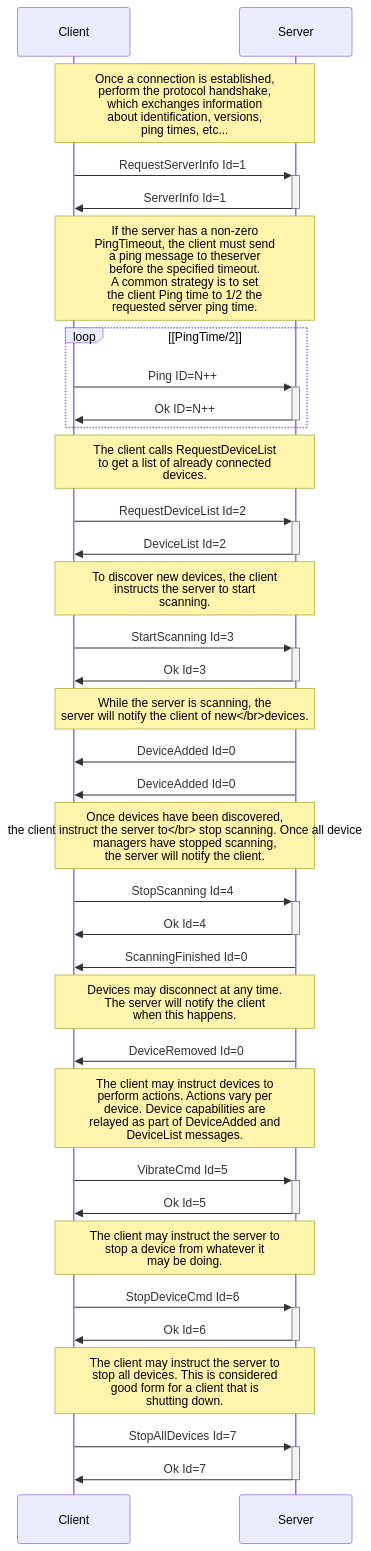
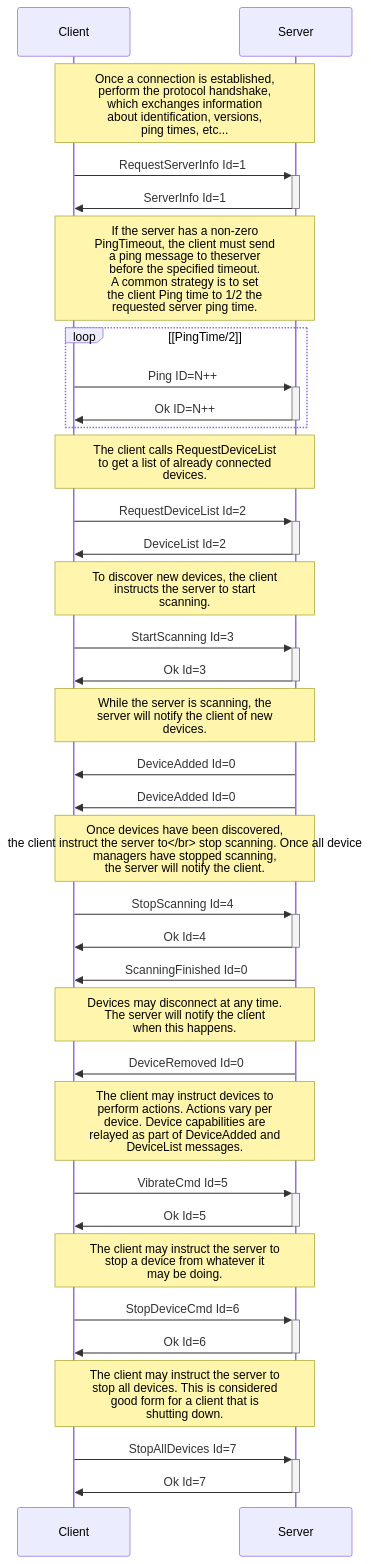
The diagram in docs/spec/architecture.md (buttplugio/docs.buttplug.io), drawn with Mermaid before and after one commit.

Commit message:
chore: Fix break tag in architecture graph

````diff
--- a/docs/spec/architecture.md
+++ b/docs/spec/architecture.md
@@ -46,47 +46,47 @@
 ```mermaid
 sequenceDiagram
   Participant Client
   Participant Server
 
   Note over Client,Server: Once a connection is established,<br/> perform the protocol handshake,<br/>which exchanges information<br/>about identification, versions,<br/>ping times, etc...
   Client->>+Server: RequestServerInfo Id=1
   Server->>-Client: ServerInfo Id=1
 
   Note over Client,Server: If the server has a non-zero<br/>PingTimeout, the client must send<br/>a ping message to theserver<br/>before the specified timeout.<br/>A common strategy is to set<br/>the client Ping time to 1/2 the<br/>requested server ping time.
   loop [PingTime/2]
     Client->>+Server: Ping ID=N++
     Server->>-Client: Ok ID=N++
   end
 
   Note over Client,Server: The client calls RequestDeviceList<br/>to get a list of already connected<br/>devices.
   Client->>+Server: RequestDeviceList Id=2
   Server->>-Client: DeviceList Id=2
   
   Note over Client,Server: To discover new devices, the client<br/>instructs the server to start<br/>scanning.
   Client->>+Server: StartScanning Id=3
   Server->>-Client: Ok Id=3
   
-  Note over Client,Server: While the server is scanning, the<br/>server will notify the client of new</br>devices.
+  Note over Client,Server: While the server is scanning, the<br/>server will notify the client of new<br/>devices.
   Server->>Client: DeviceAdded Id=0
   Server->>Client: DeviceAdded Id=0
   
   Note over Client,Server: Once devices have been discovered,<br/> the client instruct the server to</br> stop scanning. Once all device<br/>managers have stopped scanning,<br/>the server will notify the client.
   Client->>+Server: StopScanning Id=4
   Server->>-Client: Ok Id=4
   Server->>Client: ScanningFinished Id=0
   
   Note over Client,Server: Devices may disconnect at any time.<br/>The server will notify the client<br/>when this happens.
   Server->>Client: DeviceRemoved Id=0
   
   Note over Client,Server: The client may instruct devices to<br/>perform actions. Actions vary per<br/>device. Device capabilities are<br/>relayed as part of DeviceAdded and<br/>DeviceList messages.
   Client->>+Server: VibrateCmd Id=5
   Server->>-Client: Ok Id=5
   
   Note over Client,Server: The client may instruct the server to<br/>stop a device from whatever it<br/>may be doing.
   Client->>+Server: StopDeviceCmd Id=6
   Server->>-Client: Ok Id=6
   
   Note over Client,Server: The client may instruct the server to<br/>stop all devices. This is considered<br/> good form for a client that is<br/>shutting down.
   Client->>+Server: StopAllDevices Id=7
   Server->>-Client: Ok Id=7
 ```
````
